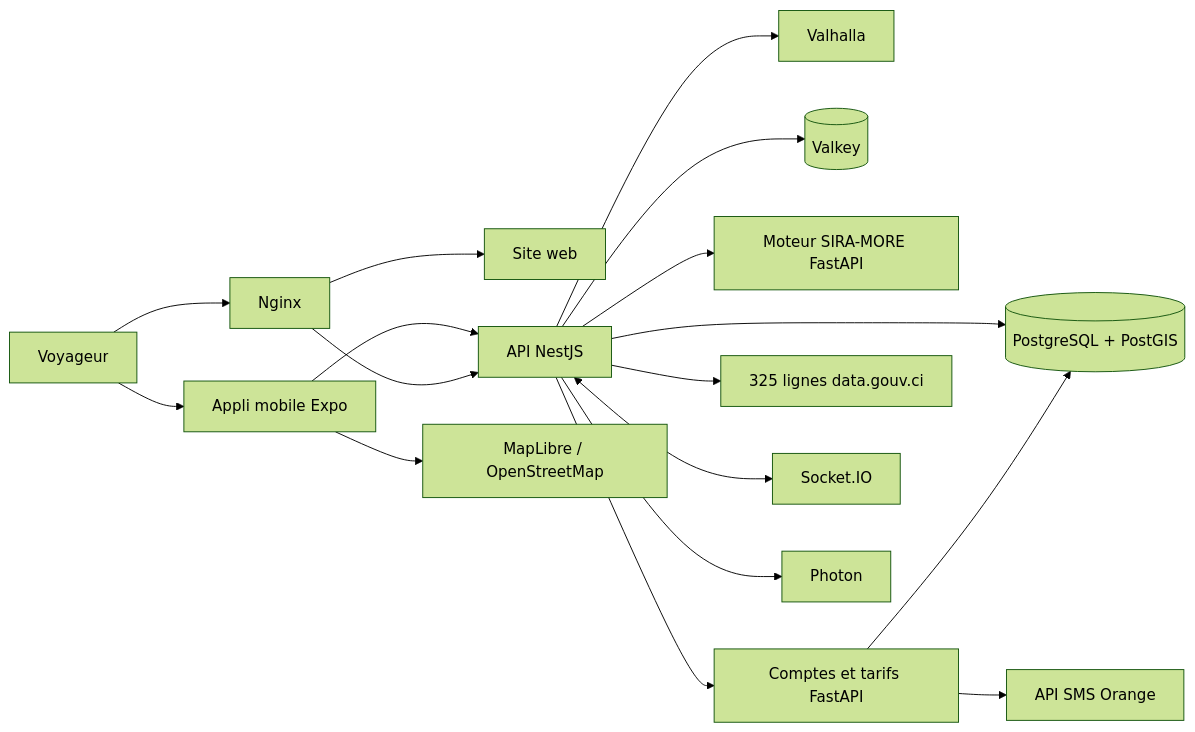
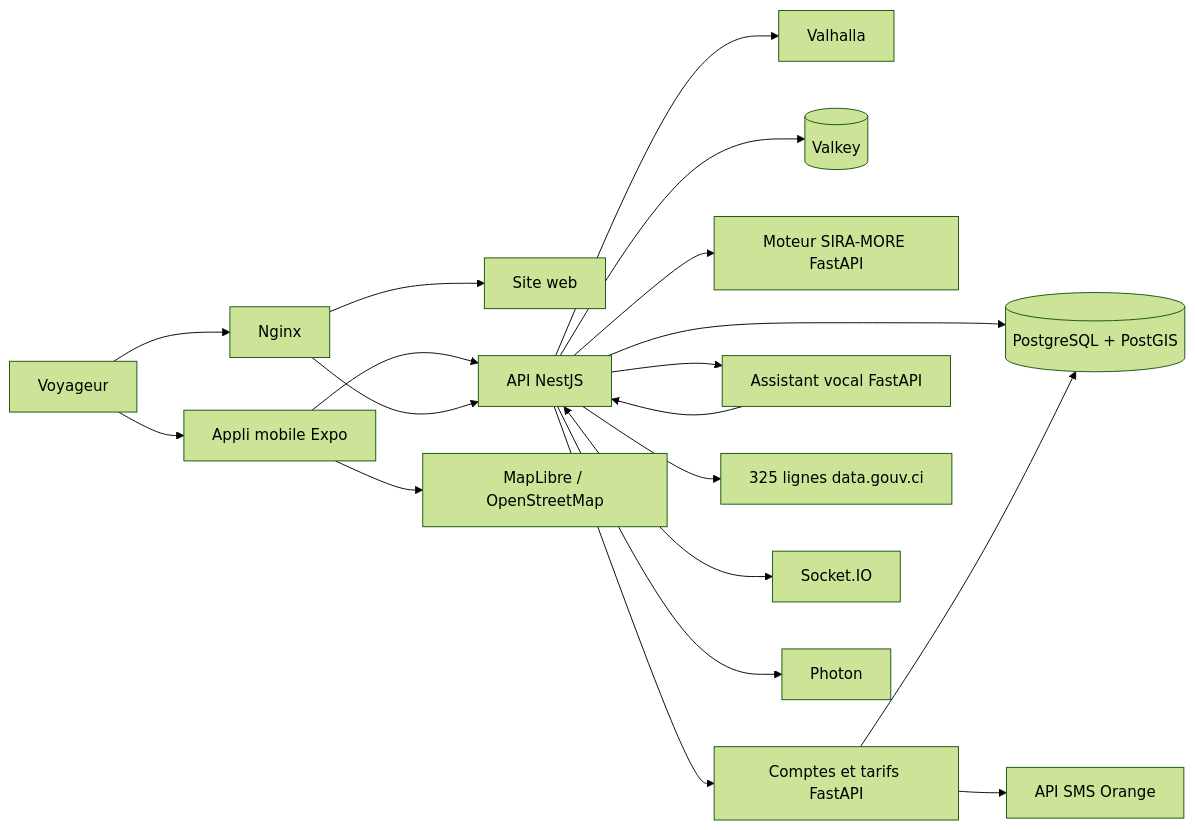
The diagram in docs/architecture.md (Guy277/SIRA_MVP), drawn with Mermaid (forest theme) before and after one commit. The commit also changed other lines of this file and 30 other files, not shown here.

````diff
--- a/docs/architecture.md
+++ b/docs/architecture.md
@@ -7,19 +7,21 @@
 ```mermaid
 flowchart LR
   U[Voyageur] --> MOB[Appli mobile Expo]
   U --> N[Nginx]
   N --> W[Site web]
   MOB --> A[API NestJS]
   N --> A
   A --> V[Valhalla]
   A --> P[(PostgreSQL + PostGIS)]
   A --> C[(Valkey)]
   A --> I[Moteur SIRA-MORE FastAPI]
   A --> CO[Comptes et tarifs FastAPI]
+  A --> VO[Assistant vocal FastAPI]
+  VO --> A
   CO --> P
   CO --> OR[API SMS Orange]
   A --> D[325 lignes data.gouv.ci]
   A <--> S[Socket.IO]
   MOB --> M[MapLibre / OpenStreetMap]
   A --> H[Photon]
 ```
````
